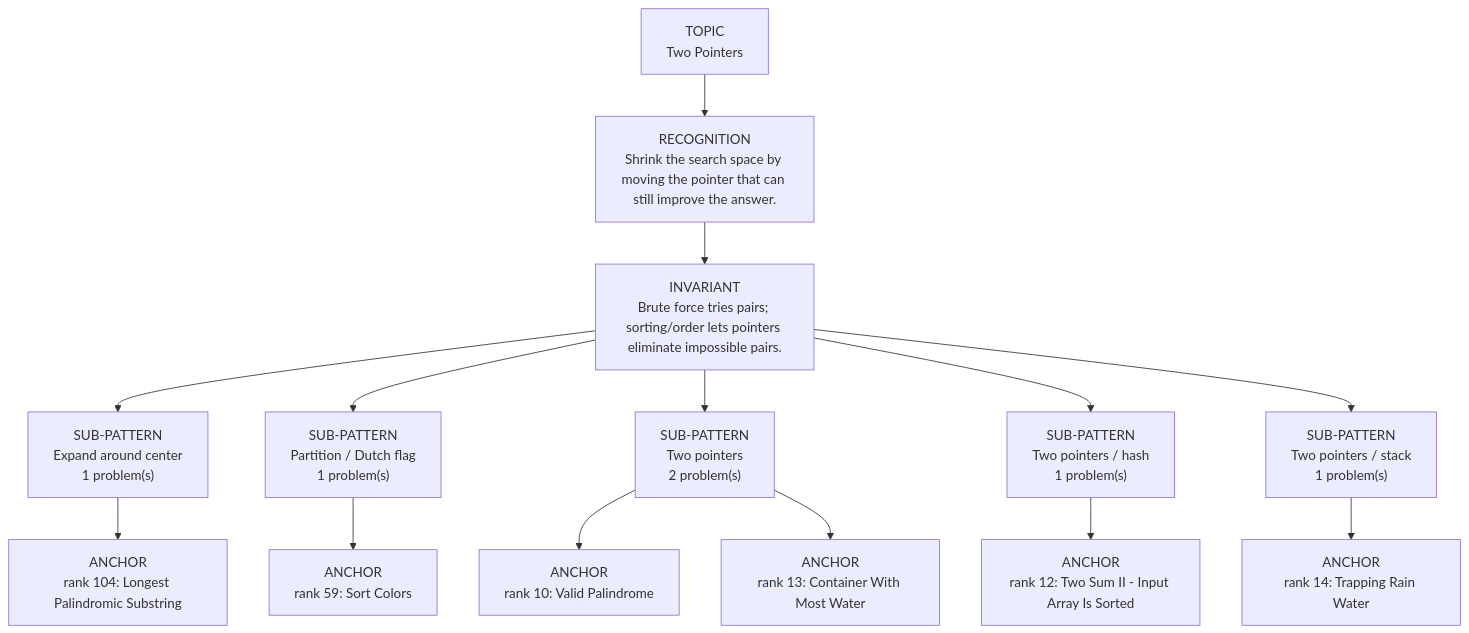
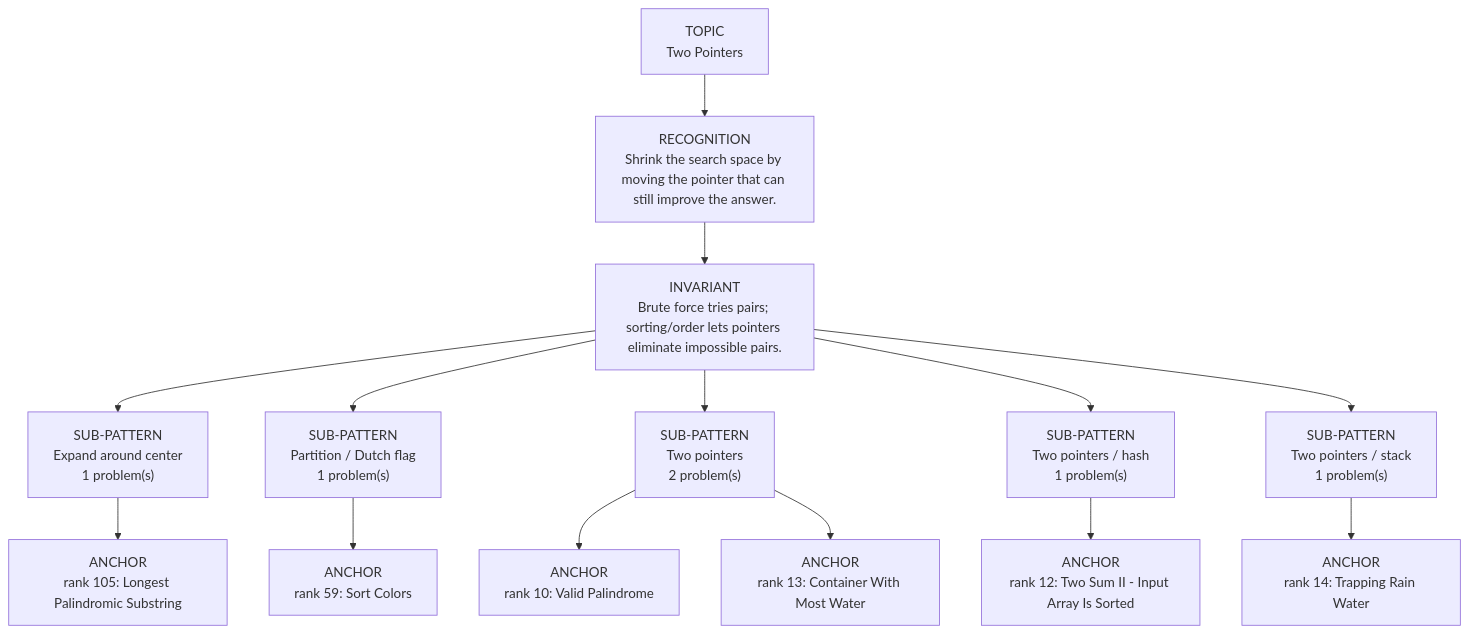
One commit to thechiranjeevjain/DSA10days changed the diagram in dsa-review/interview/patterns/06_two_pointers.md. Above: the diagram before and after it, drawn with Mermaid. The commit also changed other lines of this file and 61 other files, not shown here.

````diff
--- a/dsa-review/interview/patterns/06_two_pointers.md
+++ b/dsa-review/interview/patterns/06_two_pointers.md
@@ -15,18 +15,18 @@
 ```mermaid
 flowchart TD
   Topic["TOPIC<br/>Two Pointers"]
   Recognition["RECOGNITION<br/>Shrink the search space by moving the pointer that can still improve the answer."]
   Invariant["INVARIANT<br/>Brute force tries pairs; sorting/order lets pointers eliminate impossible pairs."]
   Topic --> Recognition --> Invariant
   Invariant --> Sub01["SUB-PATTERN<br/>Expand around center<br/>1 problem(s)"]
-  Sub01 --> Sub01A01["ANCHOR<br/>rank 104: Longest Palindromic Substring"]
+  Sub01 --> Sub01A01["ANCHOR<br/>rank 105: Longest Palindromic Substring"]
   Invariant --> Sub02["SUB-PATTERN<br/>Partition / Dutch flag<br/>1 problem(s)"]
   Sub02 --> Sub02A01["ANCHOR<br/>rank 59: Sort Colors"]
   Invariant --> Sub03["SUB-PATTERN<br/>Two pointers<br/>2 problem(s)"]
   Sub03 --> Sub03A01["ANCHOR<br/>rank 10: Valid Palindrome"]
   Sub03 --> Sub03A02["ANCHOR<br/>rank 13: Container With Most Water"]
   Invariant --> Sub04["SUB-PATTERN<br/>Two pointers / hash<br/>1 problem(s)"]
   Sub04 --> Sub04A01["ANCHOR<br/>rank 12: Two Sum II - Input Array Is Sorted"]
   Invariant --> Sub05["SUB-PATTERN<br/>Two pointers / stack<br/>1 problem(s)"]
   Sub05 --> Sub05A01["ANCHOR<br/>rank 14: Trapping Rain Water"]
 ```
````
